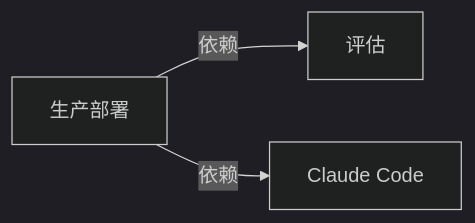
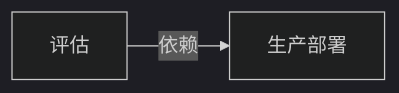
One commit to yibie/claude-best-practices-zh changed the diagram in wiki/生产部署.md. Above: the diagram before and after it, drawn with Mermaid (dark theme). The commit also changed other lines of this file and 407 other files, not shown here.

Commit message:
feat: DeepSeek 三遍审校（译文/关系/图谱）+ 可部署静态站点

````diff
--- a/wiki/生产部署.md
+++ b/wiki/生产部署.md
@@ -43,6 +43,5 @@
 ```mermaid
 graph LR
   C["生产部署"]
-  C -->|依赖| N0["评估"]
-  C -->|依赖| N1["Claude Code"]
+  N0["评估"] -->|依赖| C
 ```
````
